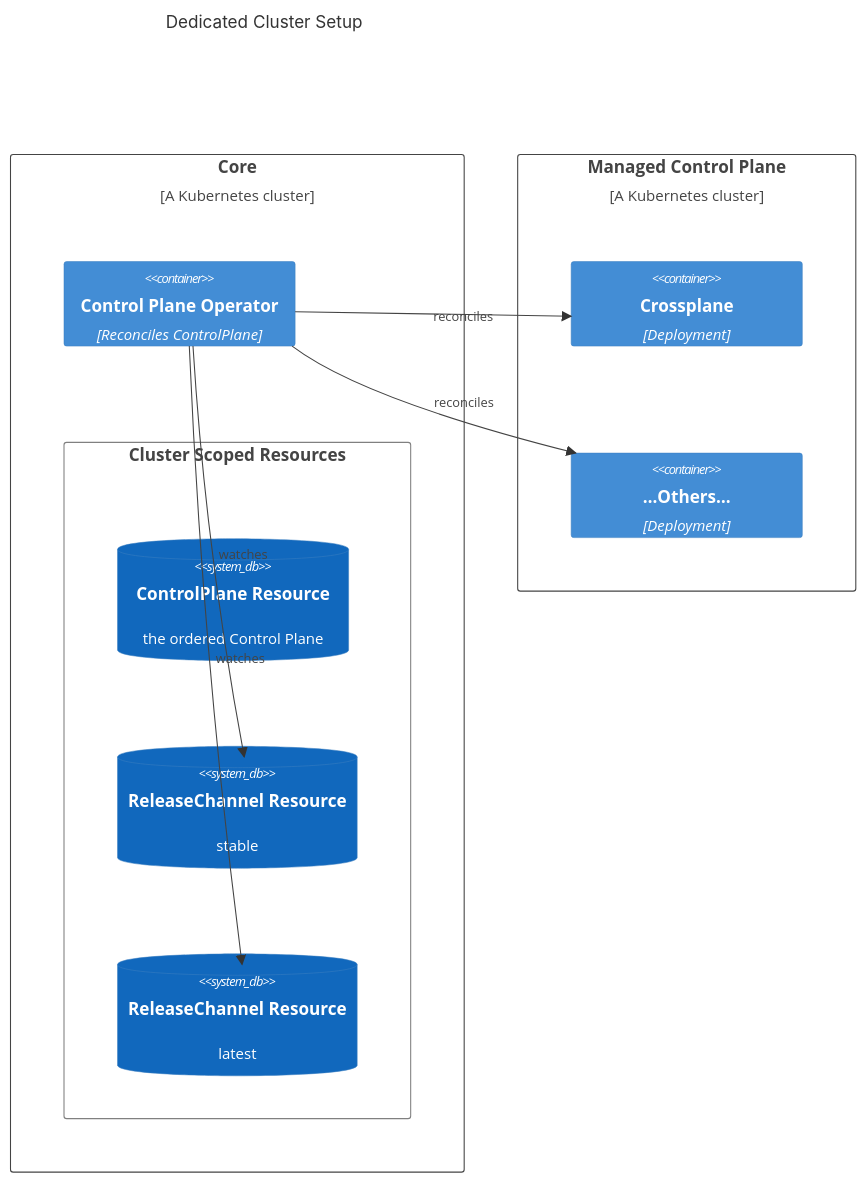
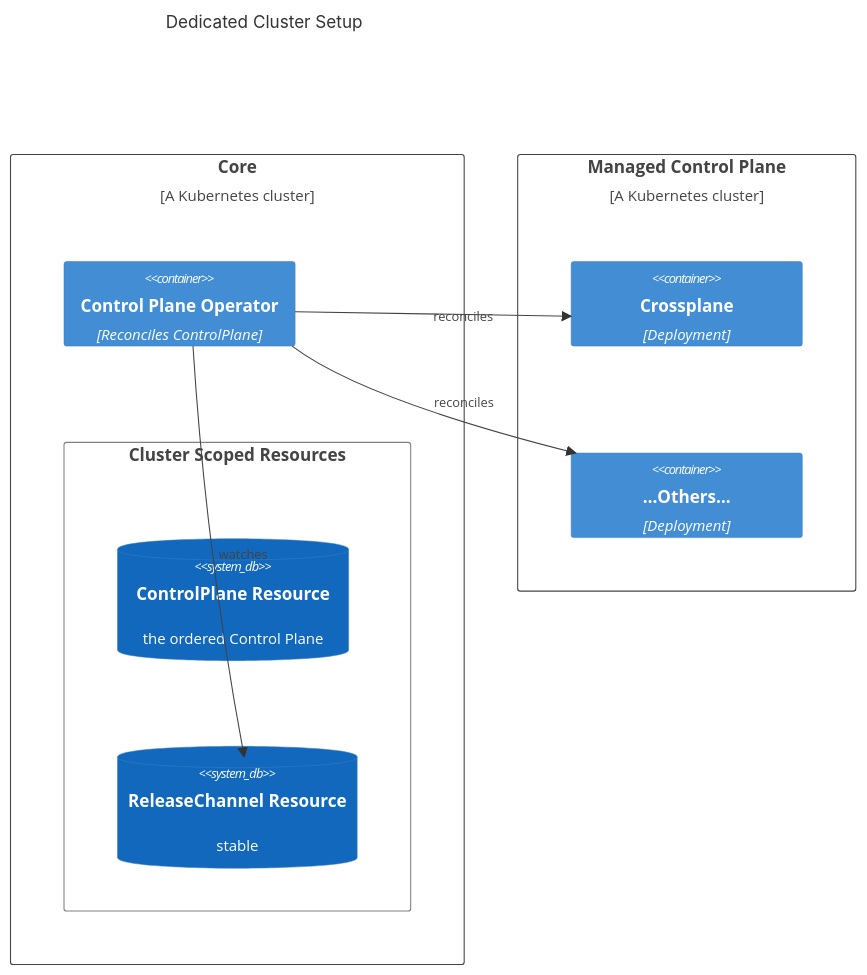
One commit to openmcp-project/control-plane-operator changed the first of 2 diagrams in README.md. Above: the diagram before and after it, drawn with Mermaid. The commit also changed other lines of this file, not shown here.

````diff
--- a/README.md
+++ b/README.md
@@ -116,28 +25,26 @@
 ```mermaid
 C4Context
     title Dedicated Cluster Setup
     Deployment_Node(core, "Core", "A Kubernetes cluster") {
         Container(cpOperator, "Control Plane Operator", "Reconciles ControlPlane")
         Node(clusterscoped, "Cluster Scoped Resources", "") {
             SystemDb(controlplane, "ControlPlane Resource", "the ordered Control Plane", "")
             SystemDb(releasechannelStable, "ReleaseChannel Resource", "stable", "")
-            SystemDb(releasechannelLatest, "ReleaseChannel Resource", "latest", "")
         }
     }
 
     Node(mcp, "Managed Control Plane", "A Kubernetes cluster") {
         Container(crossplaneInst, "Crossplane", "Deployment")
         Container(othersInst, "…Others…", "Deployment")
     }
 
 
     Rel(cpOperator, crossplaneInst, "reconciles")
     Rel(cpOperator, othersInst, "reconciles")
 
     UpdateElementStyle(namespace, $borderColor="orange", $fontColor="red")
     UpdateElementStyle(clusterscoped, $borderColor="grey")
     Rel(cpOperator, releasechannelStable, "watches")
-    Rel(cpOperator, releasechannelLatest, "watches")
     UpdateRelStyle(cpOperator, others, $textColor="white", $lineColor="white", $offsetX="5")
     UpdateLayoutConfig($c4ShapeInRow="2", $c4BoundaryInRow="10")
 ```
````
